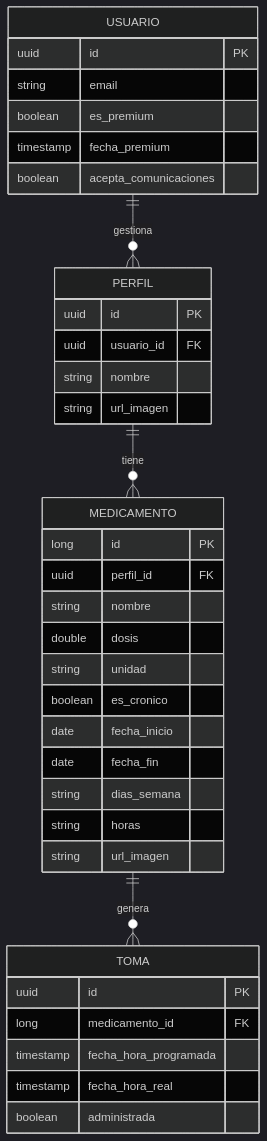
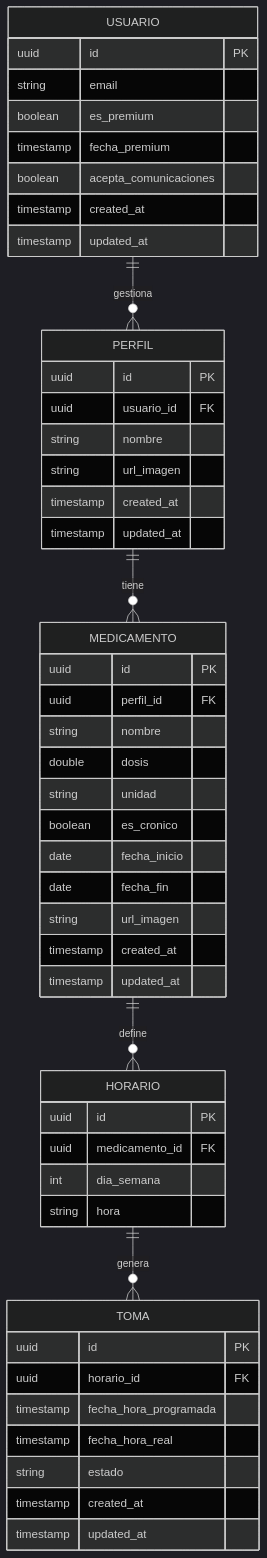
One commit to arodriguezvaz/PillRemind changed the second of 2 diagrams in doc/templates/3_deseño.md. Above: the diagram before and after it, drawn with Mermaid (dark theme).

Commit message:
arreglo en la base de datos

````diff
--- a/doc/templates/3_deseño.md
+++ b/doc/templates/3_deseño.md
@@ -18,40 +18,57 @@
 ```mermaid
 erDiagram
   USUARIO {
     uuid id PK
     string email
     boolean es_premium
     timestamp fecha_premium
     boolean acepta_comunicaciones
+    timestamp created_at
+    timestamp updated_at
   }
+
   PERFIL {
     uuid id PK
     uuid usuario_id FK
     string nombre
     string url_imagen
+    timestamp created_at
+    timestamp updated_at
   }
+
   MEDICAMENTO {
-    long id PK
+    uuid id PK
     uuid perfil_id FK
     string nombre
     double dosis
     string unidad
     boolean es_cronico
     date fecha_inicio
     date fecha_fin
-    string dias_semana
-    string horas
     string url_imagen
+    timestamp created_at
+    timestamp updated_at
   }
+
+  HORARIO {
+    uuid id PK
+    uuid medicamento_id FK
+    int dia_semana
+    string hora
+  }
+
   TOMA {
     uuid id PK
-    long medicamento_id FK
+    uuid horario_id FK
     timestamp fecha_hora_programada
     timestamp fecha_hora_real
-    boolean administrada
+    string estado
+    timestamp created_at
+    timestamp updated_at
   }
 
   USUARIO ||--o{ PERFIL : gestiona
   PERFIL ||--o{ MEDICAMENTO : tiene
-  MEDICAMENTO ||--o{ TOMA : genera
+  MEDICAMENTO ||--o{ HORARIO : define
+  HORARIO ||--o{ TOMA : genera
 ```
````
